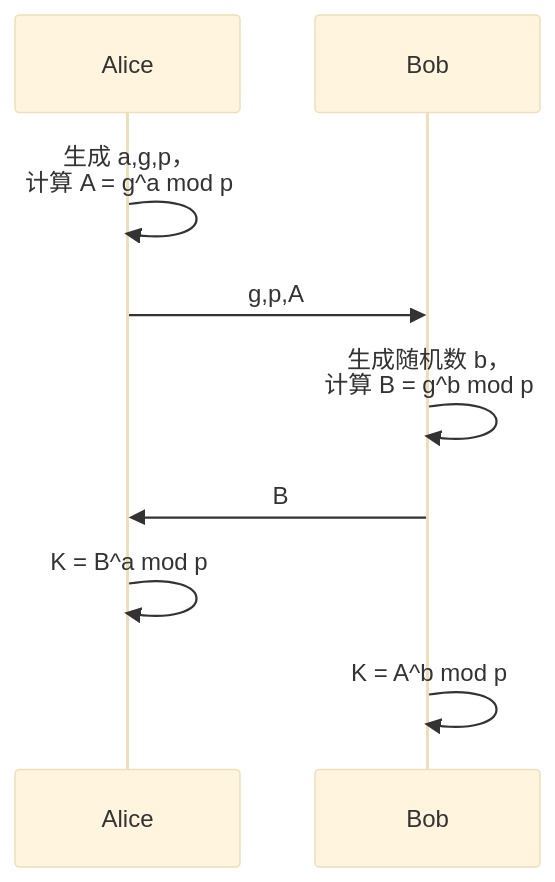
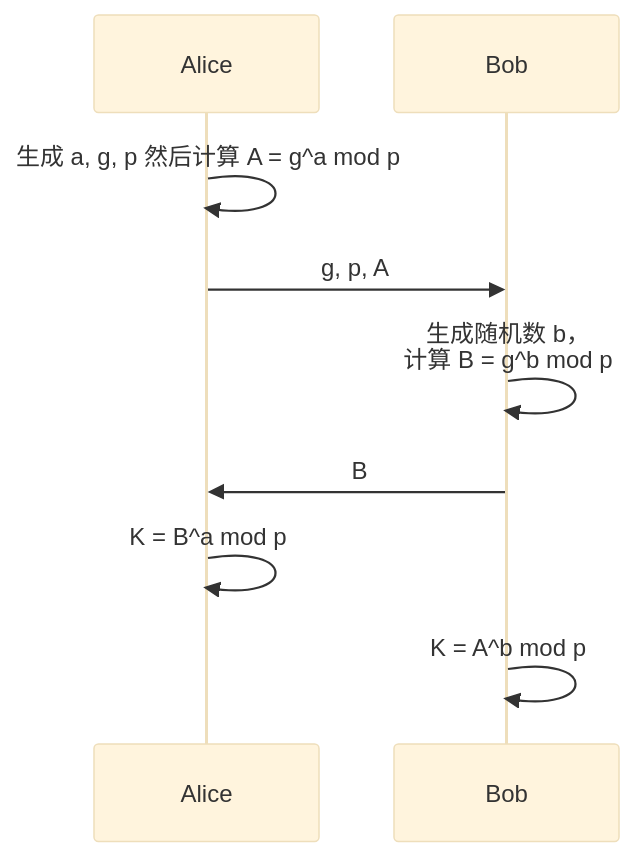
Before and after one commit to hurshi/hurshi.github.io: the second of 4 diagrams in _posts/2019-08-04-net_https.md, drawn with Mermaid (base theme). The commit also changed other lines of this file and 2 other files, not shown here.

```diff
--- a/_posts/2019-08-04-net_https.md
+++ b/_posts/2019-08-04-net_https.md
@@ -48,11 +49,11 @@
-         <div class="mermaid">
-         sequenceDiagram
-         	participant A as Alice
-         	participant B as Bob
-         	A->>A: 生成 a,g,p，<br>计算 A = g^a mod p
-         	A->>B: g,p,A
-         	B->>B: 生成随机数 b，<br>计算 B = g^b mod p
-         	B->>A: B
-         	A->>A: K = B^a mod p
-         	B->>B: K = A^b mod p	
-         </div>
+      <div class="mermaid">
+      sequenceDiagram
+      	participant A as Alice
+      	participant B as Bob
+      	A->>A: 生成 a, g, p 然后计算 A = g^a mod p
+      	A->>B: g, p, A
+      	B->>B: 生成随机数 b，<br>计算 B = g^b mod p
+      	B->>A: B
+      	A->>A: K = B^a mod p
+      	B->>B: K = A^b mod p	
+      </div>
```
